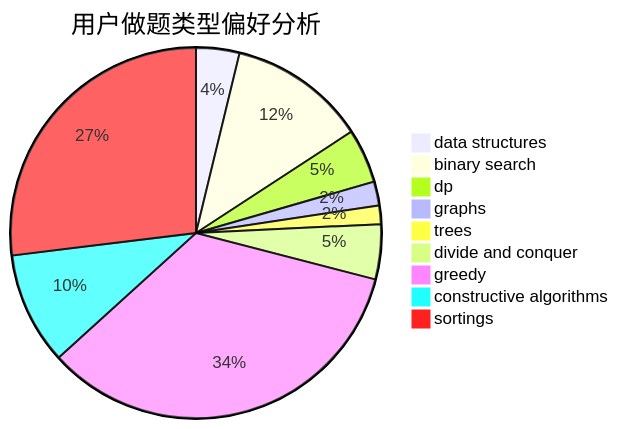
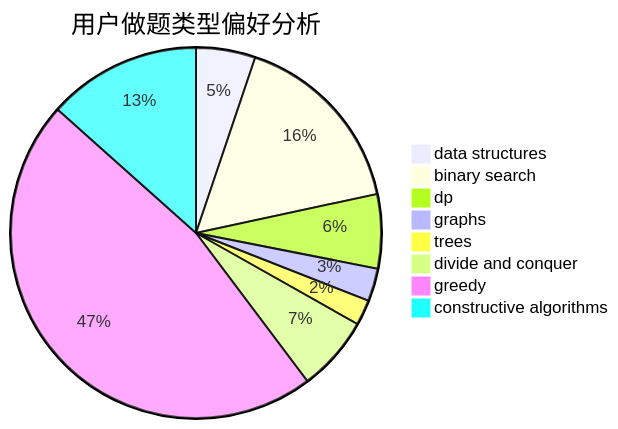
One commit to sherpahu/cfrs.github.io changed the second of 3 diagrams in docs/user/u350.md. Above: the diagram before and after it, drawn with Mermaid. The commit also changed other lines of this file and 2769 other files, not shown here.

````diff
--- a/docs/user/u350.md
+++ b/docs/user/u350.md
@@ -18,12 +18,11 @@
 ```mermaid
 pie title 用户做题类型偏好分析
     "data structures" :  56
     "binary search" :  178
     "dp" :  70
     "graphs" :  31
     "trees" :  24
     "divide and conquer" :  71
     "greedy" :  507
     "constructive algorithms" :  145
-    "sortings" :  399
 ```
````
